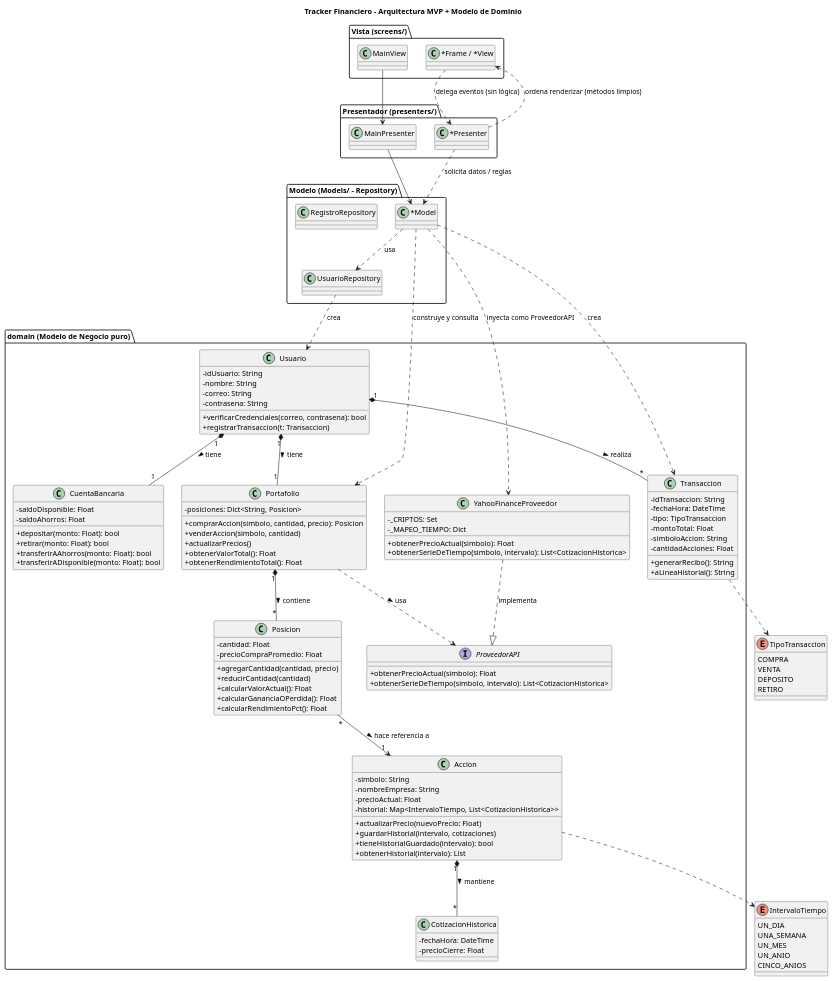
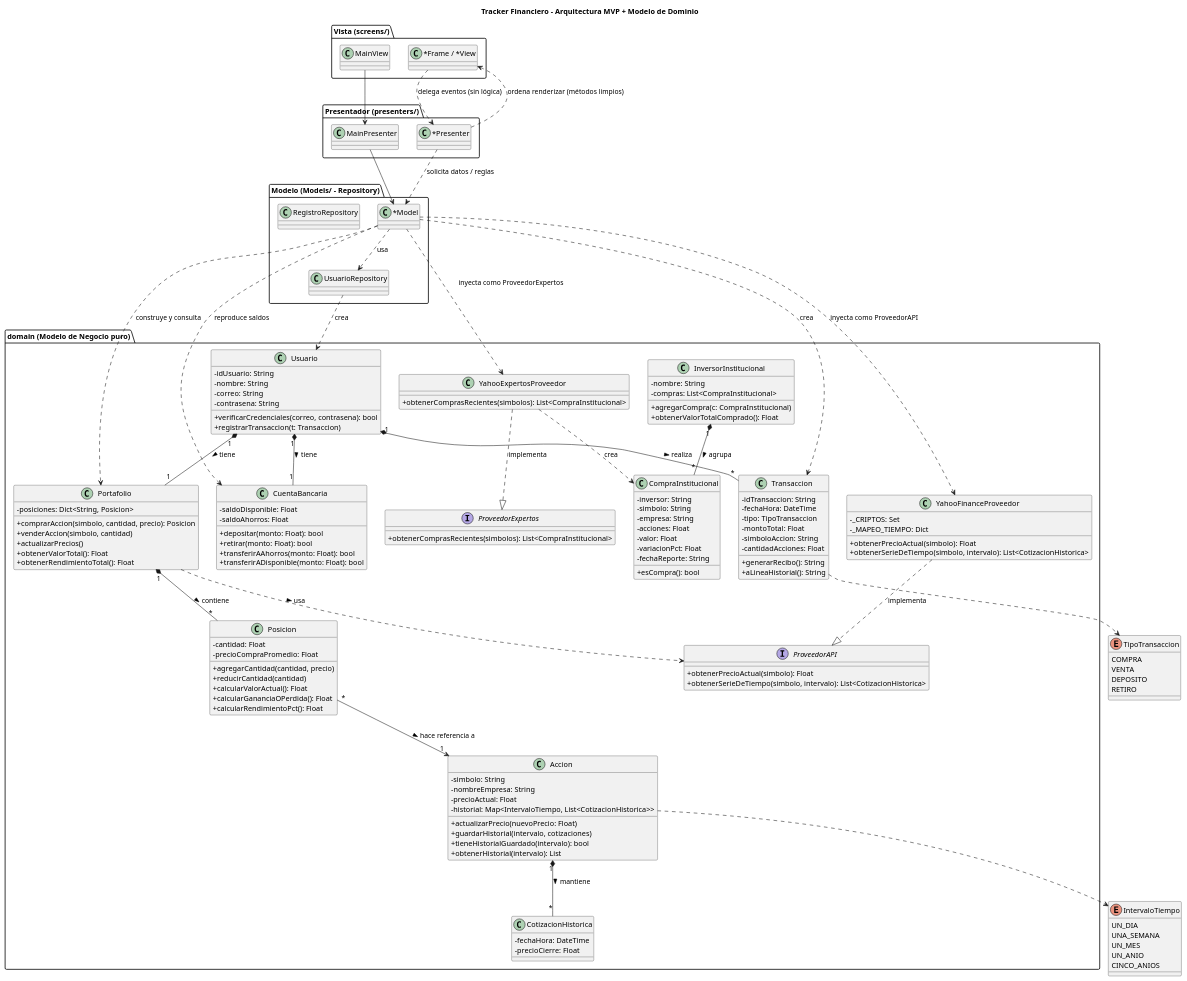
One commit to juliandavidpalacios/proyecto-programacion- changed the diagram in diagram.puml. Above: the diagram before and after it, drawn with PlantUML. The commit also changed 16 other files, not shown here.

```diff
--- a/diagram.puml
+++ b/diagram.puml
@@ -1,152 +1,185 @@
 @startuml
 skinparam classAttributeIconSize 0
 title Tracker Financiero - Arquitectura MVP + Modelo de Dominio
 
 ' =====================================================================
 '  ENUMERACIONES
 ' =====================================================================
 enum TipoTransaccion {
   COMPRA
   VENTA
   DEPOSITO
   RETIRO
 }
 
 enum IntervaloTiempo {
   UN_DIA
   UNA_SEMANA
   UN_MES
   UN_ANIO
   CINCO_ANIOS
 }
 
 ' =====================================================================
 '  DOMINIO (paquete domain/) - objetos de negocio puros
 ' =====================================================================
 package "domain (Modelo de Negocio puro)" {
 
   class Usuario {
     -idUsuario: String
     -nombre: String
     -correo: String
     -contrasena: String
     +verificarCredenciales(correo, contrasena): bool
     +registrarTransaccion(t: Transaccion)
   }
 
   class CuentaBancaria {
     -saldoDisponible: Float
     -saldoAhorros: Float
     +depositar(monto: Float): bool
     +retirar(monto: Float): bool
     +transferirAAhorros(monto: Float): bool
     +transferirADisponible(monto: Float): bool
   }
 
   class Portafolio {
     -posiciones: Dict<String, Posicion>
     +comprarAccion(simbolo, cantidad, precio): Posicion
     +venderAccion(simbolo, cantidad)
     +actualizarPrecios()
     +obtenerValorTotal(): Float
     +obtenerRendimientoTotal(): Float
   }
 
   class Transaccion {
     -idTransaccion: String
     -fechaHora: DateTime
     -tipo: TipoTransaccion
     -montoTotal: Float
     -simboloAccion: String
     -cantidadAcciones: Float
     +generarRecibo(): String
     +aLineaHistorial(): String
   }
 
   class Posicion {
     -cantidad: Float
     -precioCompraPromedio: Float
     +agregarCantidad(cantidad, precio)
     +reducirCantidad(cantidad)
     +calcularValorActual(): Float
     +calcularGananciaOPerdida(): Float
     +calcularRendimientoPct(): Float
   }
 
   interface ProveedorAPI {
     +obtenerPrecioActual(simbolo): Float
     +obtenerSerieDeTiempo(simbolo, intervalo): List<CotizacionHistorica>
   }
 
   class YahooFinanceProveedor {
     -_CRIPTOS: Set
     -_MAPEO_TIEMPO: Dict
     +obtenerPrecioActual(simbolo): Float
     +obtenerSerieDeTiempo(simbolo, intervalo): List<CotizacionHistorica>
   }
 
   class Accion {
     -simbolo: String
     -nombreEmpresa: String
     -precioActual: Float
     -historial: Map<IntervaloTiempo, List<CotizacionHistorica>>
     +actualizarPrecio(nuevoPrecio: Float)
     +guardarHistorial(intervalo, cotizaciones)
     +tieneHistorialGuardado(intervalo): bool
     +obtenerHistorial(intervalo): List
   }
 
   class CotizacionHistorica {
     -fechaHora: DateTime
     -precioCierre: Float
   }
+
+  ' --- Subsistema Expertos (compras institucionales) ---
+  class InversorInstitucional {
+    -nombre: String
+    -compras: List<CompraInstitucional>
+    +agregarCompra(c: CompraInstitucional)
+    +obtenerValorTotalComprado(): Float
+  }
+
+  class CompraInstitucional {
+    -inversor: String
+    -simbolo: String
+    -empresa: String
+    -acciones: Float
+    -valor: Float
+    -variacionPct: Float
+    -fechaReporte: String
+    +esCompra(): bool
+  }
+
+  interface ProveedorExpertos {
+    +obtenerComprasRecientes(simbolos): List<CompraInstitucional>
+  }
+
+  class YahooExpertosProveedor {
+    +obtenerComprasRecientes(simbolos): List<CompraInstitucional>
+  }
 }
 
 ' --- Relaciones del dominio ---
 Usuario "1" *-- "1" CuentaBancaria : tiene >
 Usuario "1" *-- "1" Portafolio : tiene >
 Usuario "1" *-- "*" Transaccion : realiza >
 
 Portafolio "1" *-- "*" Posicion : contiene >
 Portafolio ..> ProveedorAPI : usa >
 
 Posicion "*" --> "1" Accion : hace referencia a >
 Accion "1" *-- "*" CotizacionHistorica : mantiene >
 
 YahooFinanceProveedor ..|> ProveedorAPI : implementa
 Transaccion ..> TipoTransaccion
 Accion ..> IntervaloTiempo
+
+InversorInstitucional "1" *-- "*" CompraInstitucional : agrupa >
+YahooExpertosProveedor ..|> ProveedorExpertos : implementa
+YahooExpertosProveedor ..> CompraInstitucional : crea
 
 ' =====================================================================
 '  ARQUITECTURA MVP (cómo se usa el dominio)
 ' =====================================================================
 package "Vista (screens/)" {
   class MainView
   class "*Frame / *View" as VistasHijas
 }
 
 package "Presentador (presenters/)" {
   class MainPresenter
   class "*Presenter" as Presentadores
 }
 
 package "Modelo (Models/ - Repository)" {
   class "*Model" as Modelos
   class UsuarioRepository
   class RegistroRepository
 }
 
 ' --- Relaciones MVP ---
 VistasHijas ..> Presentadores : delega eventos (sin lógica)
 Presentadores ..> VistasHijas : ordena renderizar (métodos limpios)
 Presentadores ..> Modelos : solicita datos / reglas
 Modelos ..> UsuarioRepository : usa
 UsuarioRepository ..> Usuario : crea
 Modelos ..> Portafolio : construye y consulta
+Modelos ..> CuentaBancaria : reproduce saldos
 Modelos ..> Transaccion : crea
 Modelos ..> YahooFinanceProveedor : inyecta como ProveedorAPI
+Modelos ..> YahooExpertosProveedor : inyecta como ProveedorExpertos
 
 MainView --> MainPresenter
 MainPresenter --> Modelos
 
 @enduml
```
